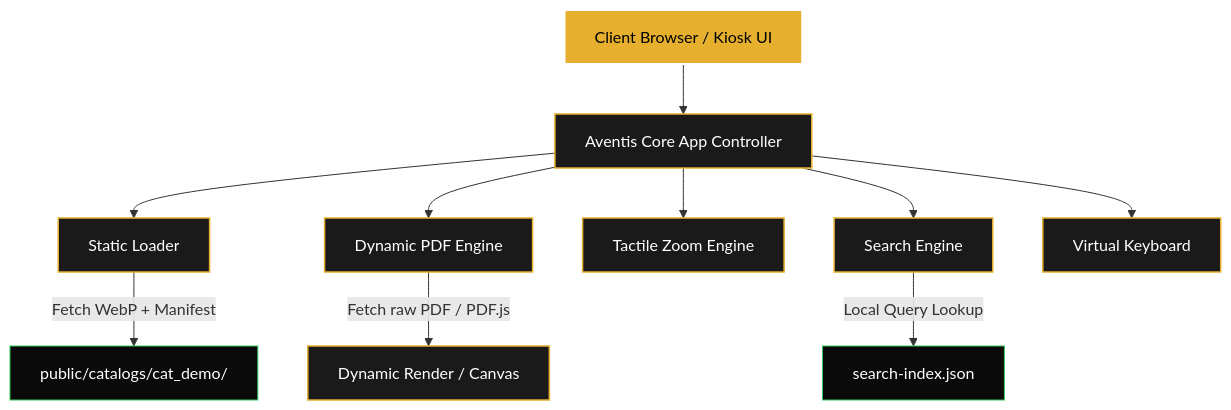
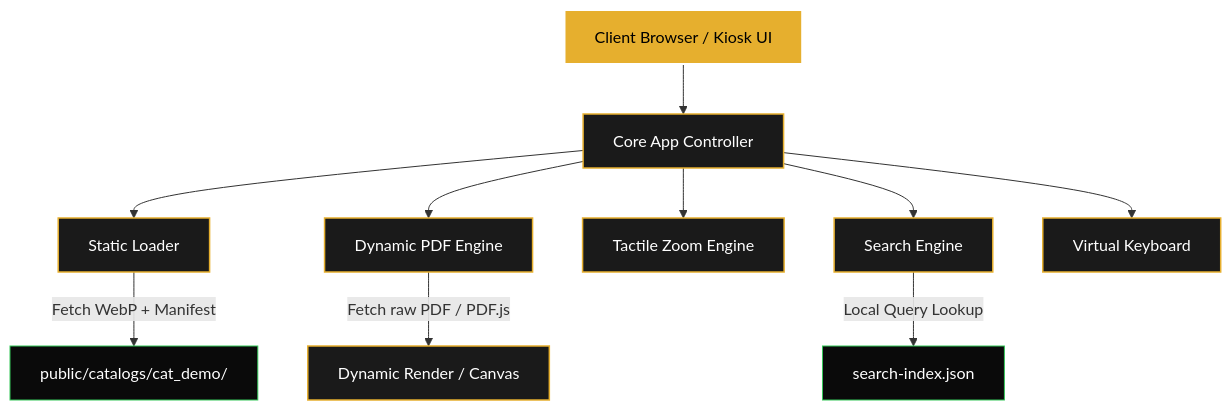
The diagram in README.md (8kaan/katalog), drawn with Mermaid before and after one commit. The commit also changed other lines of this file and 4 other files, not shown here.

````diff
--- a/README.md
+++ b/README.md
@@ -29,23 +29,23 @@
 ```mermaid
 graph TD
     classDef main fill:#e6af2e,stroke:#fff,stroke-width:2px,color:#000;
     classDef client fill:#1a1a1a,stroke:#e6af2e,stroke-width:1.5px,color:#fff;
     classDef storage fill:#0a0a0a,stroke:#34c759,stroke-width:1px,color:#fff;
 
-    A[Client Browser / Kiosk UI]:::main --> B[Aventis Core App Controller]:::client
+    A[Client Browser / Kiosk UI]:::main --> B[Core App Controller]:::client
     
     %% Loading modes
     B --> C[Static Loader]:::client
     B --> D[Dynamic PDF Engine]:::client
     
     %% Sources
     C -->|Fetch WebP + Manifest| E[public/catalogs/cat_demo/]:::storage
     D -->|Fetch raw PDF / PDF.js| F[Dynamic Render / Canvas]:::client
     
     %% Interactive layers
     B --> G[Tactile Zoom Engine]:::client
     B --> H[Search Engine]:::client
     B --> I[Virtual Keyboard]:::client
     
     H -->|Local Query Lookup| J[search-index.json]:::storage
 ```
````
